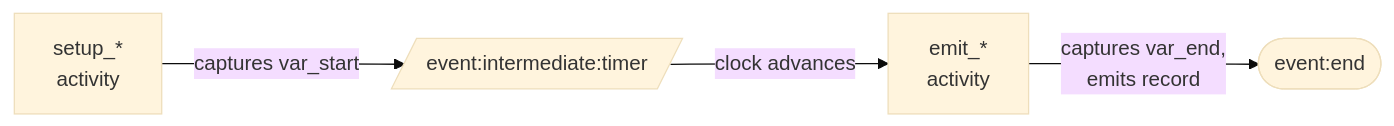
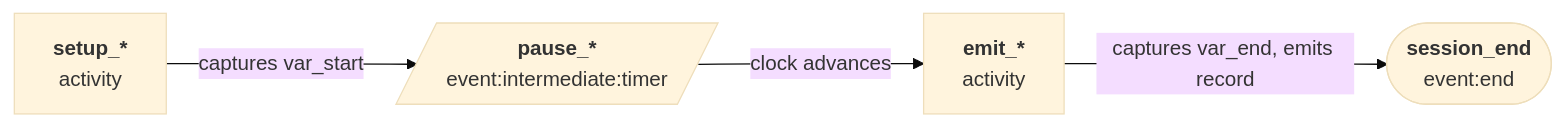
One commit to implydata/imply-eventgenerator changed the second of 3 diagrams in docs/states.md. Above: the diagram before and after it, drawn with Mermaid (base theme). The commit also changed other lines of this file and 7 other files, not shown here.

Commit message:
Add Mermaid diagrams

````diff
--- a/docs/states.md
+++ b/docs/states.md
@@ -181,6 +181,6 @@
 ```mermaid
 flowchart LR
-    A[setup_*\nactivity] -->|captures var_start| B
-    B[/event:intermediate:timer/] -->|clock advances| C
-    C[emit_*\nactivity] -->|captures var_end,\nemits record| D([event:end])
+    A["<b>setup_*</b><br/>activity"] -->|"captures var_start"| B
+    B[/"<b>pause_*</b><br/>event:intermediate:timer"/] -->|"clock advances"| C
+    C["<b>emit_*</b><br/>activity"] -->|"captures var_end, emits record"| D(["<b>session_end</b><br/>event:end"])
 ```
````
